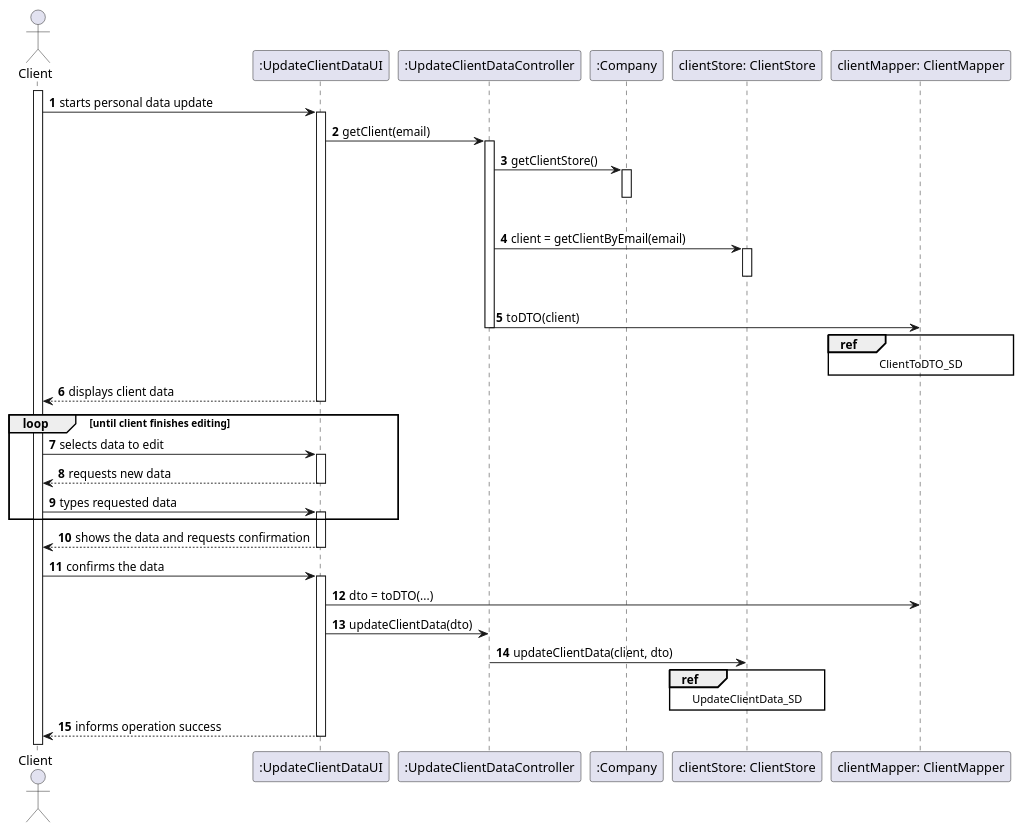
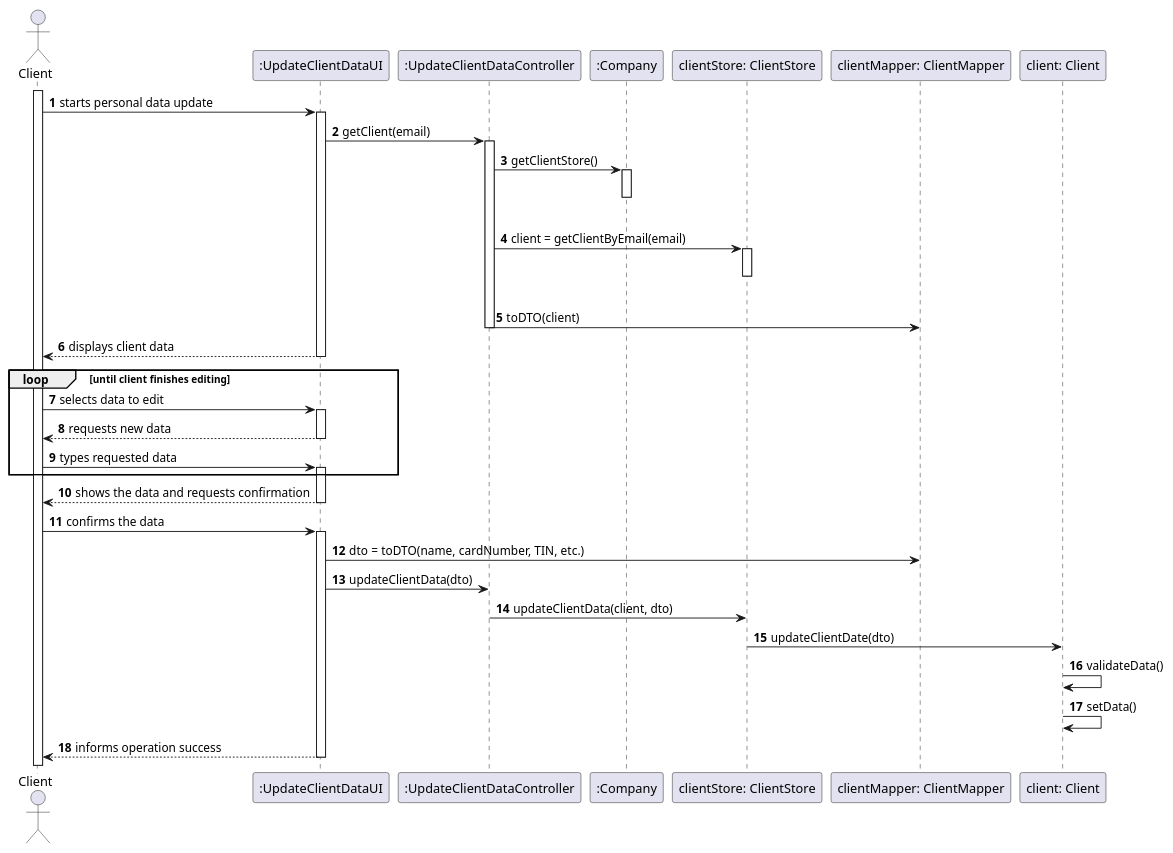
The diagram in docs/SprintD/US2/US2_SD.puml (MadDinosaur/ISEP-LAPR2), drawn with PlantUML before and after one commit. The commit also changed 5 other files, not shown here.

```diff
--- a/docs/SprintD/US2/US2_SD.puml
+++ b/docs/SprintD/US2/US2_SD.puml
@@ -1,48 +1,50 @@
 @startuml
 autonumber
 
 actor Client as cli
 participant ":UpdateClientDataUI" as ui
 participant ":UpdateClientDataController" as controller
 participant ":Company" as company
 participant "clientStore: ClientStore" as cstore
 participant "clientMapper: ClientMapper" as cmapper
+participant "client: Client" as client
 
 activate cli
 cli -> ui : starts personal data update
 activate ui
 ui -> controller : getClient(email)
 activate controller
 controller -> company : getClientStore()
 activate company
 |||
 deactivate company
 controller -> cstore : client = getClientByEmail(email)
 activate cstore
 |||
 deactivate cstore
 controller -> cmapper : toDTO(client)
 deactivate controller
-ref over cmapper : ClientToDTO_SD
 ui --> cli : displays client data
 deactivate ui
 loop until client finishes editing
 cli -> ui :  selects data to edit
 activate ui
 ui --> cli : requests new data
 deactivate ui
 cli -> ui :  types requested data
 activate ui
 end loop
 activate ui
 ui --> cli : shows the data and requests confirmation
 deactivate ui
 cli -> ui :  confirms the data
 activate ui
-ui -> cmapper: dto = toDTO(...)
+ui -> cmapper: dto = toDTO(name, cardNumber, TIN, etc.)
 ui -> controller: updateClientData(dto)
 controller -> cstore: updateClientData(client, dto)
-ref over cstore: UpdateClientData_SD
+cstore -> client : updateClientDate(dto)
+client -> client : validateData()
+client -> client : setData()
 ui --> cli : informs operation success
 deactivate ui
 @enduml
```
